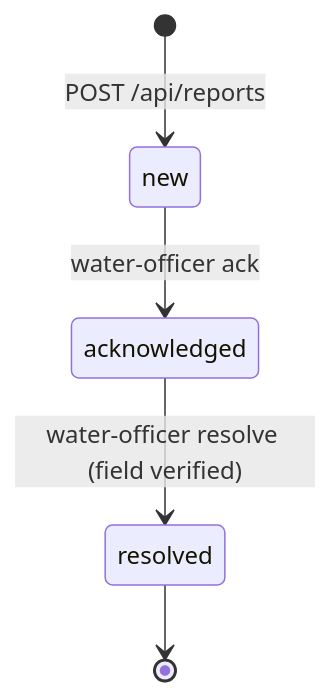
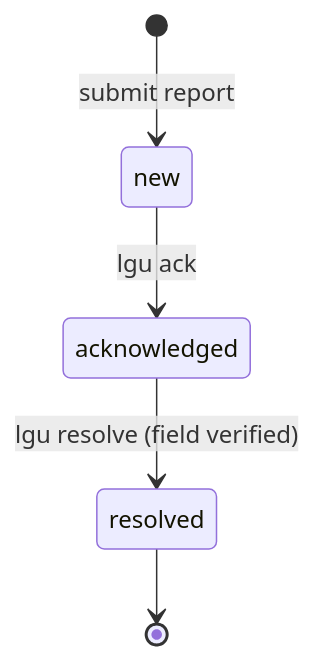
Before and after one commit to JoshuaPadilla/WellPoint: the fourth of 4 diagrams in docs/system-design.md, drawn with Mermaid. The commit also changed other lines of this file and 104 other files, not shown here.

````diff
--- a/docs/system-design.md
+++ b/docs/system-design.md
@@ -216,7 +215,7 @@
 ```mermaid
 stateDiagram-v2
-  [*] --> new: POST /api/reports
-  new --> acknowledged: water-officer ack
-  acknowledged --> resolved: water-officer resolve (field verified)
+  [*] --> new: submit report
+  new --> acknowledged: lgu ack
+  acknowledged --> resolved: lgu resolve (field verified)
   resolved --> [*]
 ```
````
